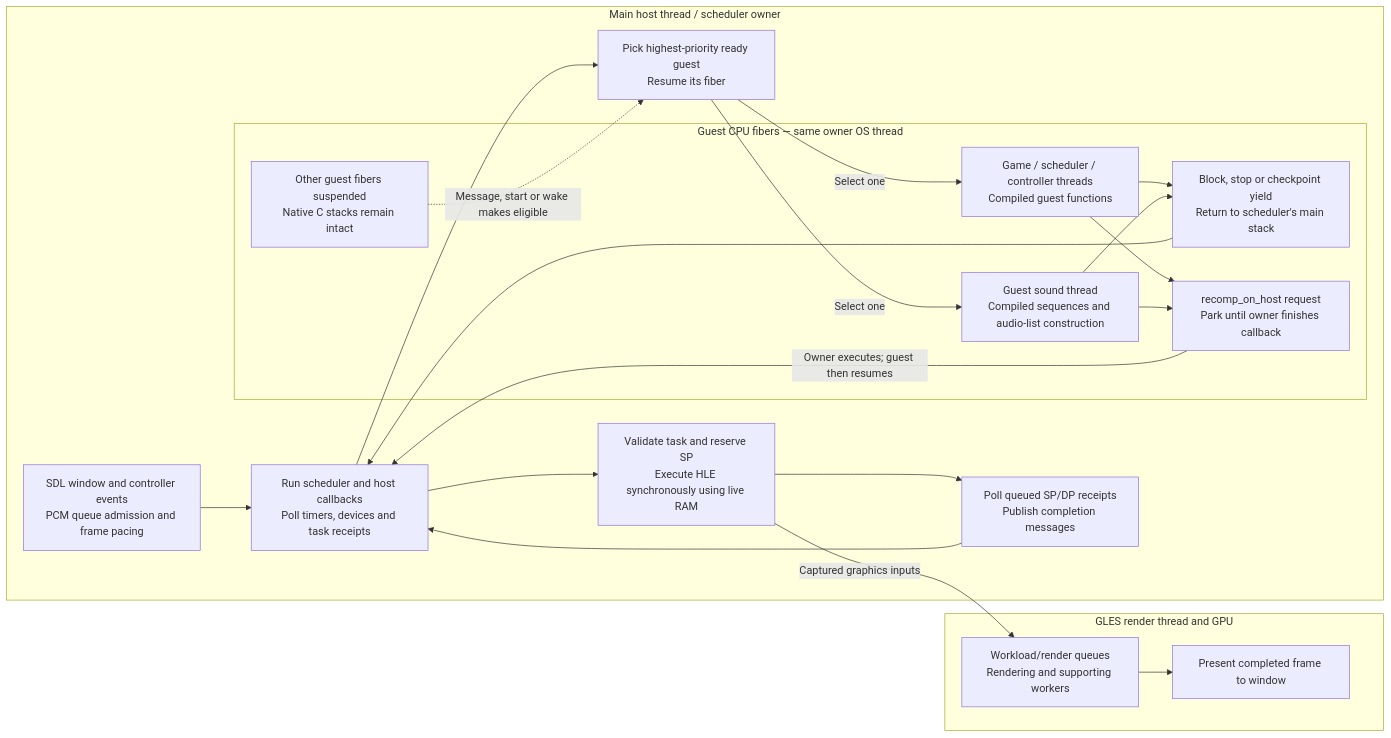
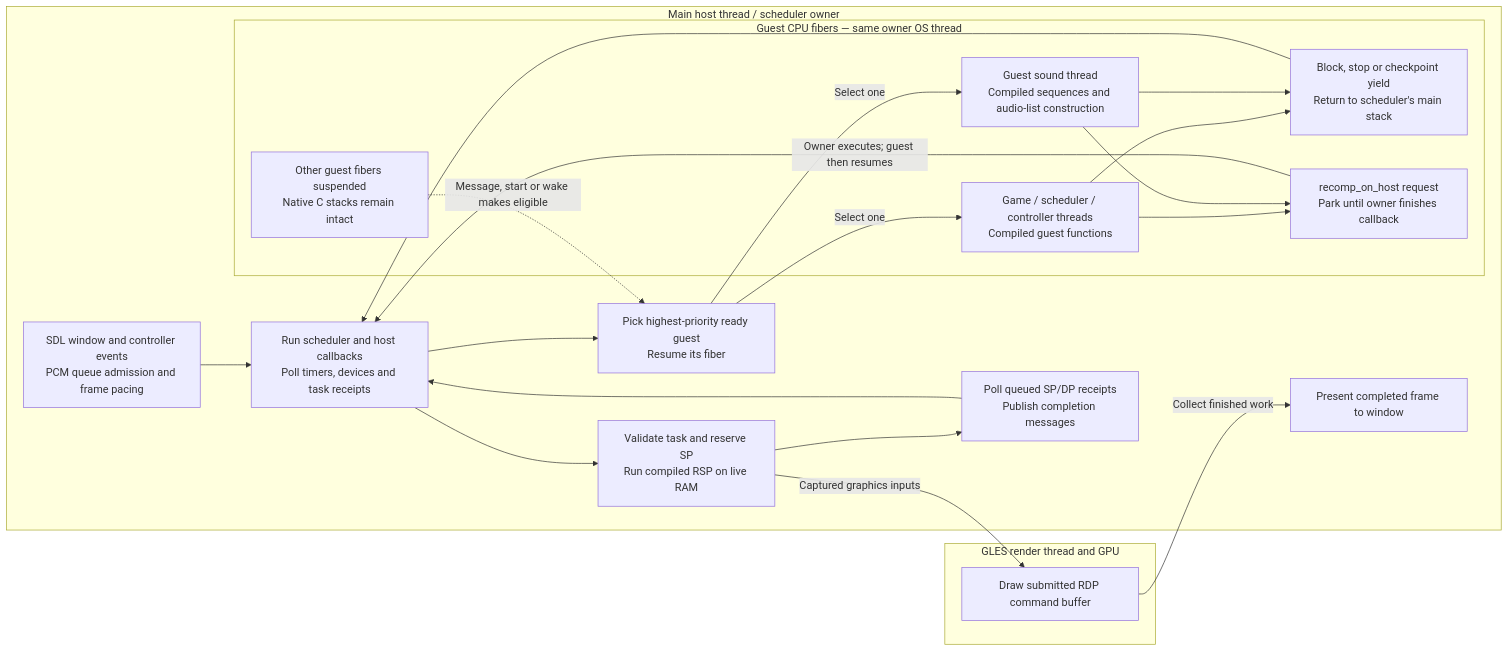
Before and after one commit to polaco1782/v64recomp: the fourth of 6 diagrams in docs/process-flow.md, drawn with Mermaid. The commit also changed other lines of this file and 70 other files, not shown here.

Commit message:
Clean up retired renderer paths and document compiled RSP graphics

````diff
--- a/docs/process-flow.md
+++ b/docs/process-flow.md
@@ -166,37 +169,37 @@
 ```mermaid
 flowchart LR
     subgraph Owner["Main host thread / scheduler owner"]
         SDL["SDL window and controller events<br/>PCM queue admission and frame pacing"]
         Host["Run scheduler and host callbacks<br/>Poll timers, devices and task receipts"]
         Dispatch["Pick highest-priority ready guest<br/>Resume its fiber"]
-        Submit["Validate task and reserve SP<br/>Execute HLE synchronously using live RAM"]
+        Submit["Validate task and reserve SP<br/>Run compiled RSP on live RAM"]
         Commit["Poll queued SP/DP receipts<br/>Publish completion messages"]
+        Present["Present completed frame to window"]
         SDL --> Host
         Host --> Dispatch
         Host --> Submit
         Submit --> Commit
         Commit --> Host
     subgraph Guests["Guest CPU fibers — same owner OS thread"]
         Game["Game / scheduler / controller threads<br/>Compiled guest functions"]
         Sound["Guest sound thread<br/>Compiled sequences and audio-list construction"]
         Park["Other guest fibers suspended<br/>Native C stacks remain intact"]
         Return["Block, stop or checkpoint yield<br/>Return to scheduler's main stack"]
         Callback["recomp_on_host request<br/>Park until owner finishes callback"]
         Game --> Return
         Sound --> Return
         Game --> Callback
         Sound --> Callback
     end
     end
     subgraph Renderer["GLES render thread and GPU"]
-        Render["Workload/render queues<br/>Rendering and supporting workers"]
-        Present["Present completed frame to window"]
-        Render --> Present
+        Render["Draw submitted RDP command buffer"]
     end
     Dispatch -->|"Select one"| Game
     Dispatch -->|"Select one"| Sound
     Return --> Host
     Callback -->|"Owner executes; guest then resumes"| Host
     Submit -->|"Captured graphics inputs"| Render
+    Render -->|"Collect finished work"| Present
     Park -. "Message, start or wake makes eligible" .-> Dispatch
 ```
````
